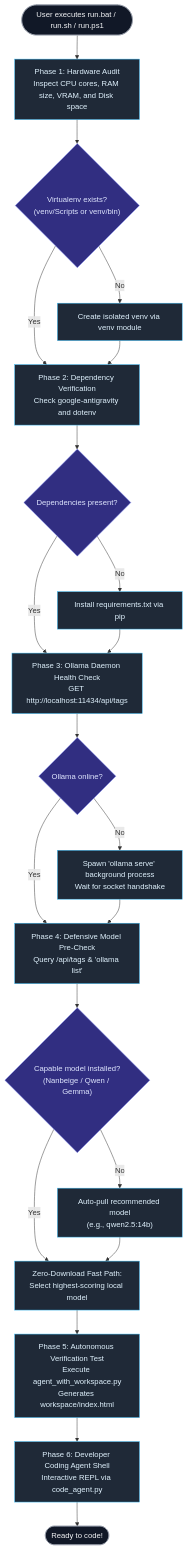
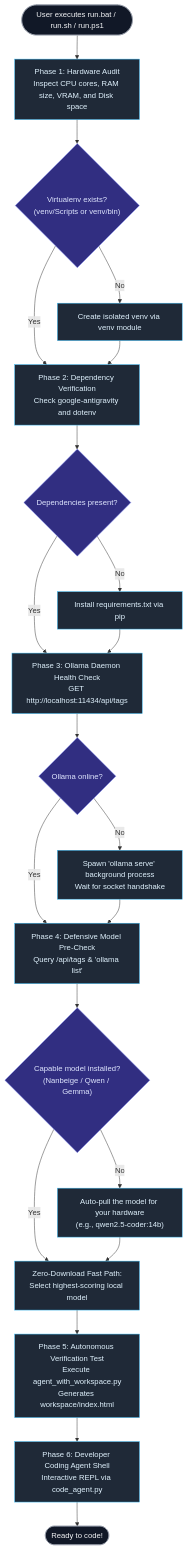
Before and after one commit to veeresh-bikkaneti/antigravity-local: the first of 6 diagrams in docs/FLOWS.md, drawn with Mermaid. The commit also changed other lines of this file and 13 other files, not shown here.

Commit message:
docs: make claims match the code (scores, tiers, setup time, graph counts, serve, limits)

````diff
--- a/docs/FLOWS.md
+++ b/docs/FLOWS.md
@@ -27,37 +27,37 @@
 ```mermaid
 flowchart TD
     Start(["User executes run.bat / run.sh / run.ps1"]) --> Audit["Phase 1: Hardware Audit<br/>Inspect CPU cores, RAM size, VRAM, and Disk space"]
     
     Audit --> VenvCheck{"Virtualenv exists?<br/>(venv/Scripts or venv/bin)"}
     VenvCheck -- No --> CreateVenv["Create isolated venv via venv module"]
     VenvCheck -- Yes --> PipCheck["Phase 2: Dependency Verification<br/>Check google-antigravity and dotenv"]
     CreateVenv --> PipCheck
 
     PipCheck --> DepsInstalled{"Dependencies present?"}
     DepsInstalled -- No --> PipInstall["Install requirements.txt via pip"]
     DepsInstalled -- Yes --> DaemonCheck["Phase 3: Ollama Daemon Health Check<br/>GET http://localhost:11434/api/tags"]
     PipInstall --> DaemonCheck
 
     DaemonCheck --> DaemonRunning{"Ollama online?"}
     DaemonRunning -- No --> SpawnOllama["Spawn 'ollama serve' background process<br/>Wait for socket handshake"]
     DaemonRunning -- Yes --> ModelInventory["Phase 4: Defensive Model Pre-Check<br/>Query /api/tags & 'ollama list'"]
     SpawnOllama --> ModelInventory
 
     ModelInventory --> ModelFound{"Capable model installed?<br/>(Nanbeige / Qwen / Gemma)"}
     ModelFound -- Yes --> ReUseModel["Zero-Download Fast Path:<br/>Select highest-scoring local model"]
-    ModelFound -- No --> PullModel["Auto-pull recommended model<br/>(e.g., qwen2.5:14b)"]
+    ModelFound -- No --> PullModel["Auto-pull the model for your hardware<br/>(e.g., qwen2.5-coder:14b)"]
     PullModel --> ReUseModel
 
     ReUseModel --> WorkspaceDemo["Phase 5: Autonomous Verification Test<br/>Execute agent_with_workspace.py<br/>Generates workspace/index.html"]
     WorkspaceDemo --> LaunchShell["Phase 6: Developer Coding Agent Shell<br/>Interactive REPL via code_agent.py"]
     LaunchShell --> Ready(["Ready to code!"])
 
     classDef proc fill:#1f2937,stroke:#38bdf8,stroke-width:1px,color:#e0f2fe;
     classDef branch fill:#312e81,stroke:#818cf8,stroke-width:1px,color:#e0e7ff;
     classDef success fill:#064e3b,stroke:#34d399,stroke-width:1px,color:#d1fae5;
     classDef start fill:#111827,stroke:#9ca3af,stroke-width:1px,color:#f3f4f6;
 
     class Start,Ready start;
     class Audit,CreateVenv,PipCheck,PipInstall,DaemonCheck,SpawnOllama,ModelInventory,PullModel,ReUseModel,WorkspaceDemo,LaunchShell proc;
     class VenvCheck,DepsInstalled,DaemonRunning,ModelFound branch;
 ```
````
